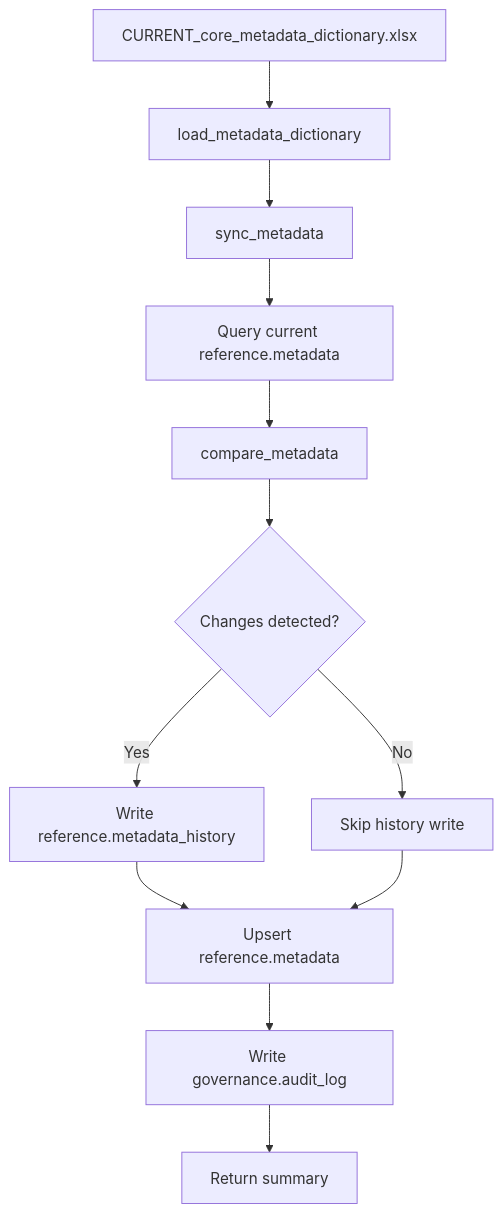
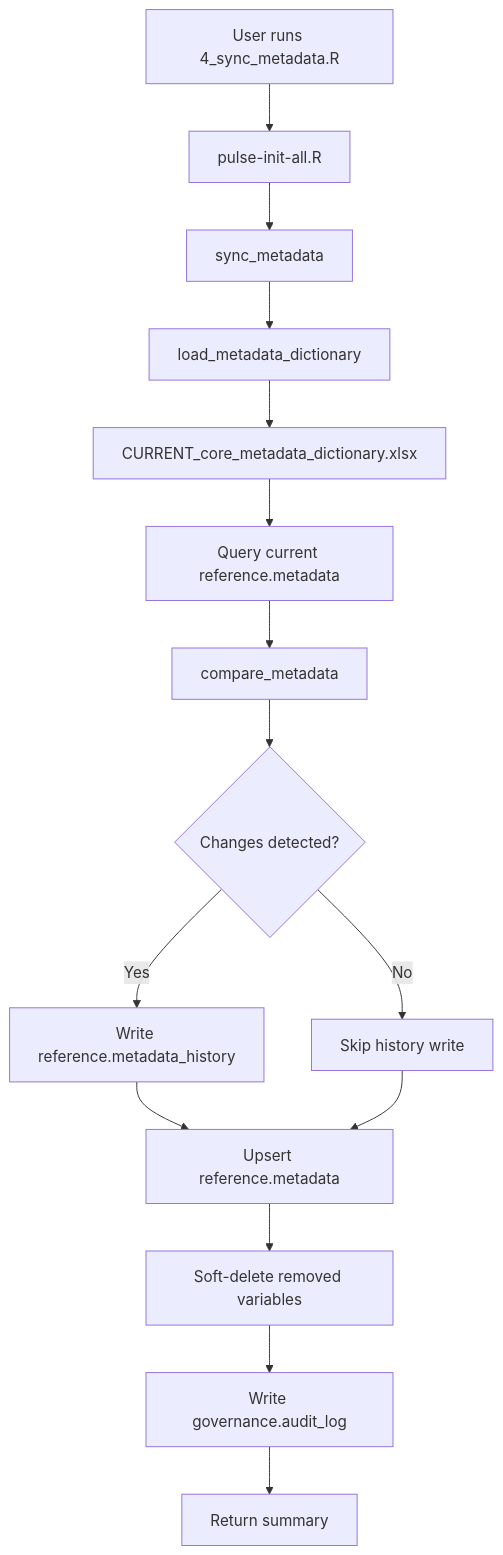
The diagram in docs/step4/step4_sop_summary.md (NBrittonPhD/pulse-pipeline), drawn with Mermaid before and after one commit. The commit also changed other lines of this file and 26 other files, not shown here.

First line of the commit message:
Audit and update Steps 1-5 docs; split README into summary and concise GitHub README

````diff
--- a/docs/step4/step4_sop_summary.md
+++ b/docs/step4/step4_sop_summary.md
@@ -55,14 +61,17 @@
 ```mermaid
 flowchart TD
-    A[CURRENT_core_metadata_dictionary.xlsx] --> B[load_metadata_dictionary]
+    A[User runs 4_sync_metadata.R] --> B[pulse-init-all.R]
     B --> C[sync_metadata]
-    C --> D[Query current reference.metadata]
-    D --> E[compare_metadata]
-    E --> F{Changes detected?}
-    F -->|Yes| G[Write reference.metadata_history]
-    F -->|No| H[Skip history write]
-    G --> I[Upsert reference.metadata]
-    H --> I
-    I --> J[Write governance.audit_log]
-    J --> K[Return summary]
+    C --> D[load_metadata_dictionary]
+    D --> E[CURRENT_core_metadata_dictionary.xlsx]
+    E --> F[Query current reference.metadata]
+    F --> G[compare_metadata]
+    G --> H{Changes detected?}
+    H -->|Yes| I[Write reference.metadata_history]
+    H -->|No| J[Skip history write]
+    I --> K[Upsert reference.metadata]
+    J --> K
+    K --> L[Soft-delete removed variables]
+    L --> M[Write governance.audit_log]
+    M --> N[Return summary]
 ```
````
